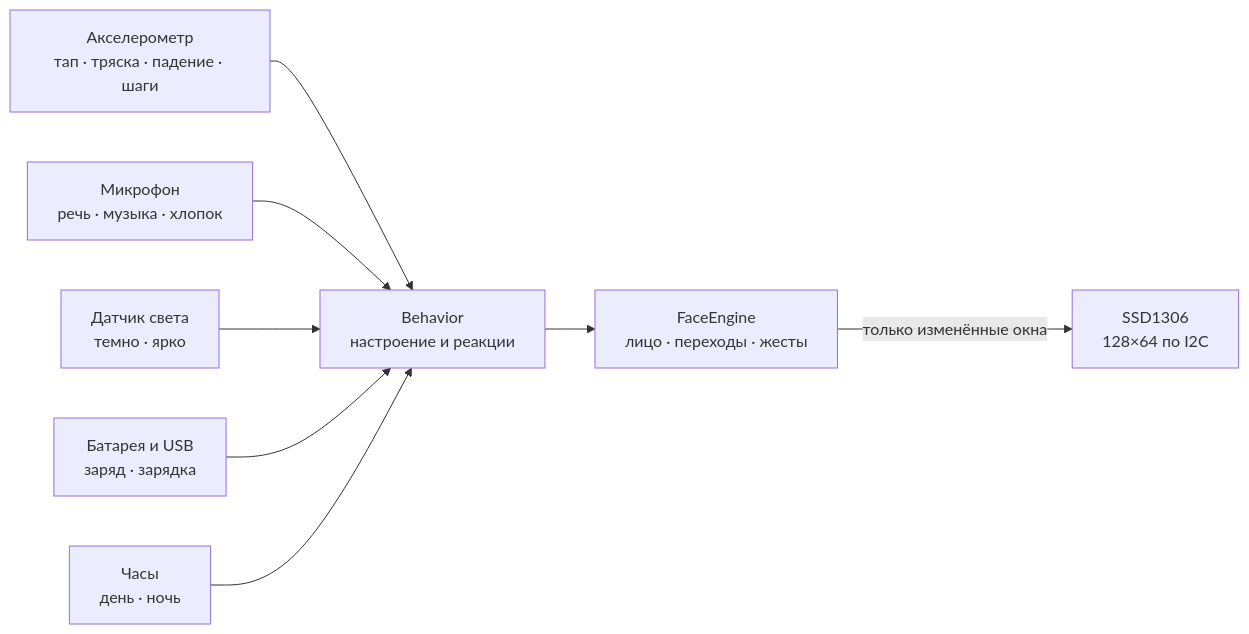
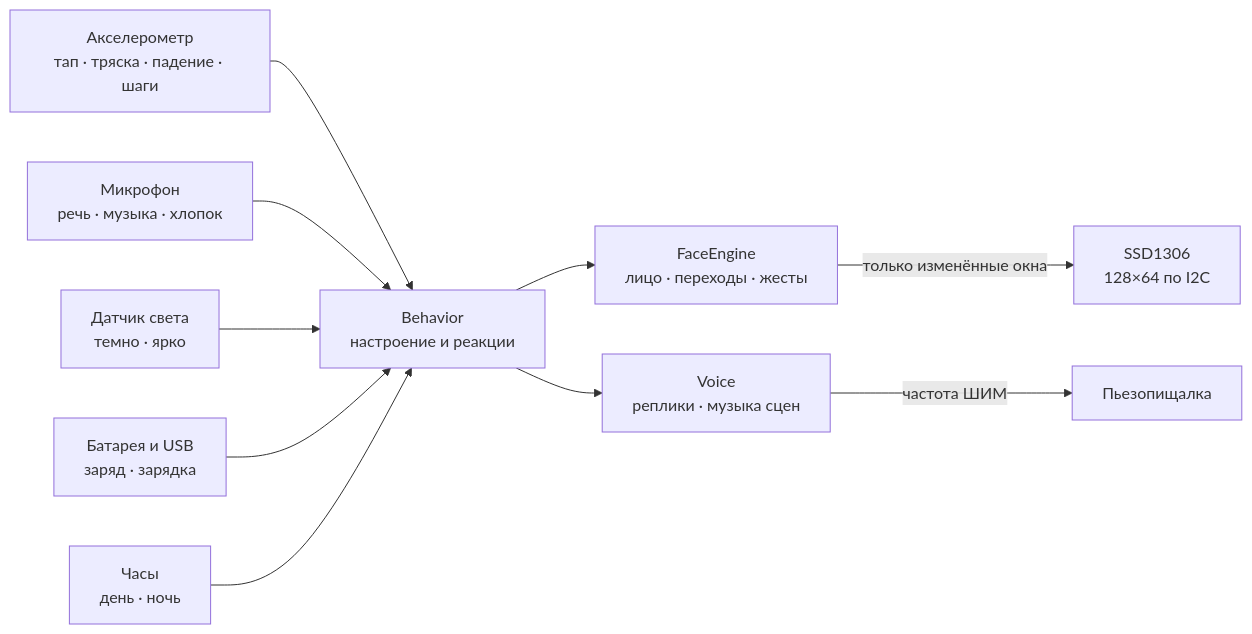
The diagram in README.md (olerast67/emotion-keychain), drawn with Mermaid before and after one commit. The commit also changed other lines of this file and 86 other files, not shown here.

````diff
--- a/README.md
+++ b/README.md
@@ -37,10 +47,12 @@
 ```mermaid
 flowchart LR
   IMU["Акселерометр<br/>тап · тряска · падение · шаги"] --> B
   MIC["Микрофон<br/>речь · музыка · хлопок"] --> B
   LUX["Датчик света<br/>темно · ярко"] --> B
   PWR["Батарея и USB<br/>заряд · зарядка"] --> B
   CLK["Часы<br/>день · ночь"] --> B
   B["Behavior<br/>настроение и реакции"] --> E["FaceEngine<br/>лицо · переходы · жесты"]
   E -- "только изменённые окна" --> D["SSD1306<br/>128×64 по I2C"]
+  B --> V["Voice<br/>реплики · музыка сцен"]
+  V -- "частота ШИМ" --> Z["Пьезопищалка"]
 ```
````
